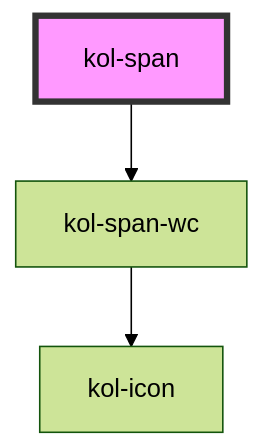
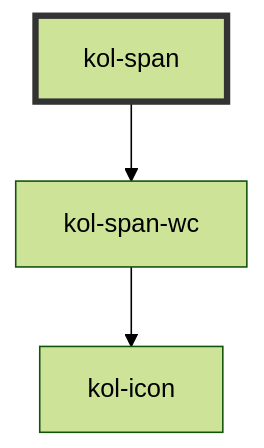
Before and after one commit to public-ui/kolibri: the diagram in packages/components/src/components/span/readme.md, drawn with Mermaid (forest theme). The commit also changed 40 other files, not shown here.

````diff
--- a/packages/components/src/components/span/readme.md
+++ b/packages/components/src/components/span/readme.md
@@ -38,6 +38,6 @@
 ```mermaid
 graph TD;
   kol-span --> kol-span-wc
   kol-span-wc --> kol-icon
-  style kol-span fill:#f9f,stroke:#333,stroke-width:4px
+  style kol-span stroke:#333,stroke-width:4px
 ```
````
